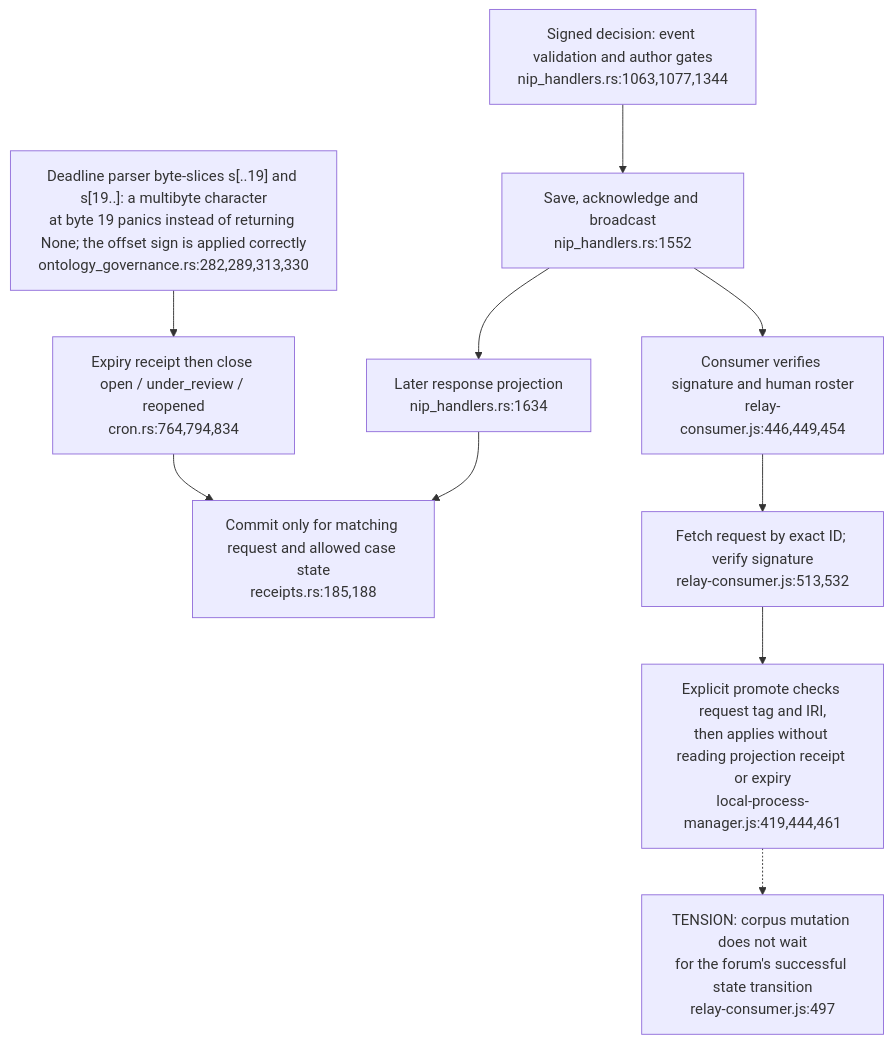
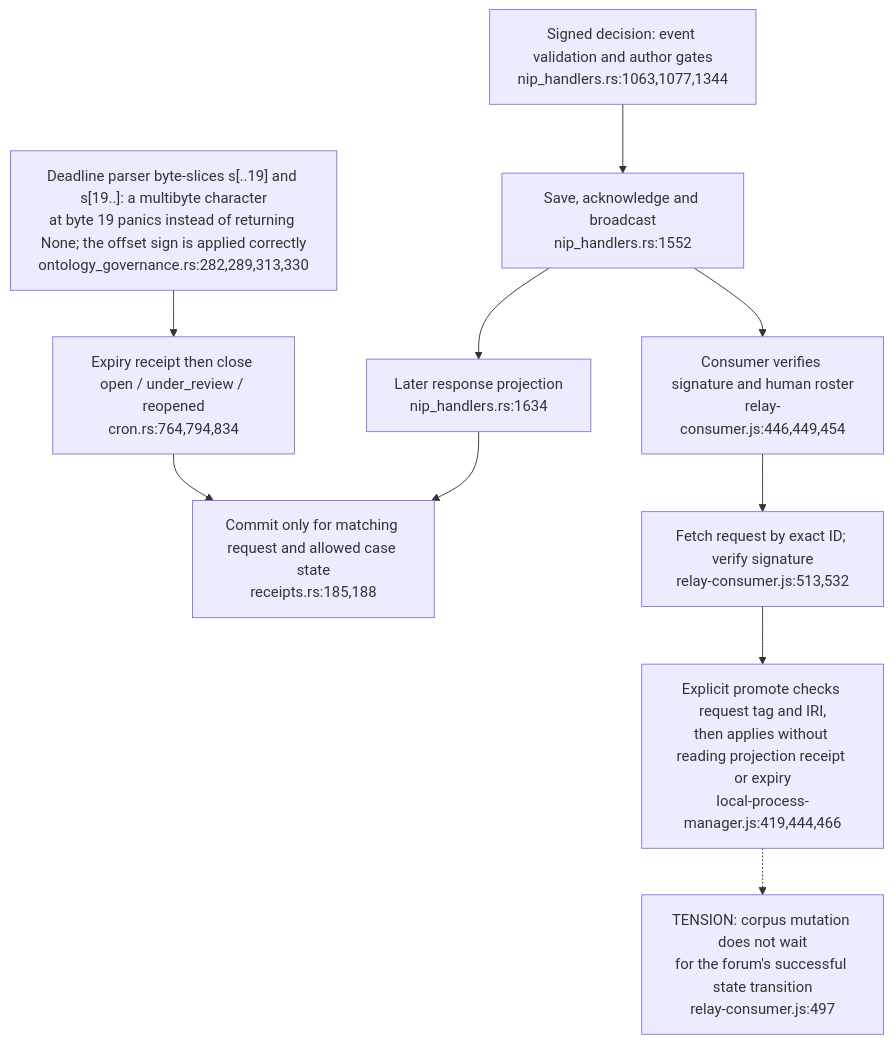
Before and after one commit to DreamLab-AI/VisionFlow: the first of 2 diagrams in docs/diagrams/estate/13-governance-delivery-and-expiry.md, drawn with Mermaid. The commit also changed other lines of this file and 154 other files, not shown here.

First line of the commit message:
docs(diagrams): re-stamp 154 topics whose every citation still reads the same text at the current heads

````diff
--- a/docs/diagrams/estate/13-governance-delivery-and-expiry.md
+++ b/docs/diagrams/estate/13-governance-delivery-and-expiry.md
@@ -28,12 +28,12 @@
 ```mermaid
 flowchart TD
     EV["Signed decision: event validation and author gates<br/>nip_handlers.rs:1063,1077,1344"] --> STORE["Save, acknowledge and broadcast<br/>nip_handlers.rs:1552"]
     STORE --> PROJECT["Later response projection<br/>nip_handlers.rs:1634"]
     PROJECT --> SQL["Commit only for matching request and allowed case state<br/>receipts.rs:185,188"]
     EXP["Expiry receipt then close open / under_review / reopened<br/>cron.rs:764,794,834"] --> SQL
     STORE --> AB["Consumer verifies signature and human roster<br/>relay-consumer.js:446,449,454"]
     AB --> FETCH["Fetch request by exact ID; verify signature<br/>relay-consumer.js:513,532"]
-    FETCH --> APPLY["Explicit promote checks request tag and IRI,<br/>then applies without reading projection receipt or expiry<br/>local-process-manager.js:419,444,461"]
+    FETCH --> APPLY["Explicit promote checks request tag and IRI,<br/>then applies without reading projection receipt or expiry<br/>local-process-manager.js:419,444,466"]
     APPLY -.-> GAP["TENSION: corpus mutation does not wait<br/>for the forum's successful state transition<br/>relay-consumer.js:497"]
     PARSE["Deadline parser byte-slices s[..19] and s[19..]: a multibyte character<br/>at byte 19 panics instead of returning None; the offset sign is applied correctly<br/>ontology_governance.rs:282,289,313,330"] --> EXP
 ```
````
